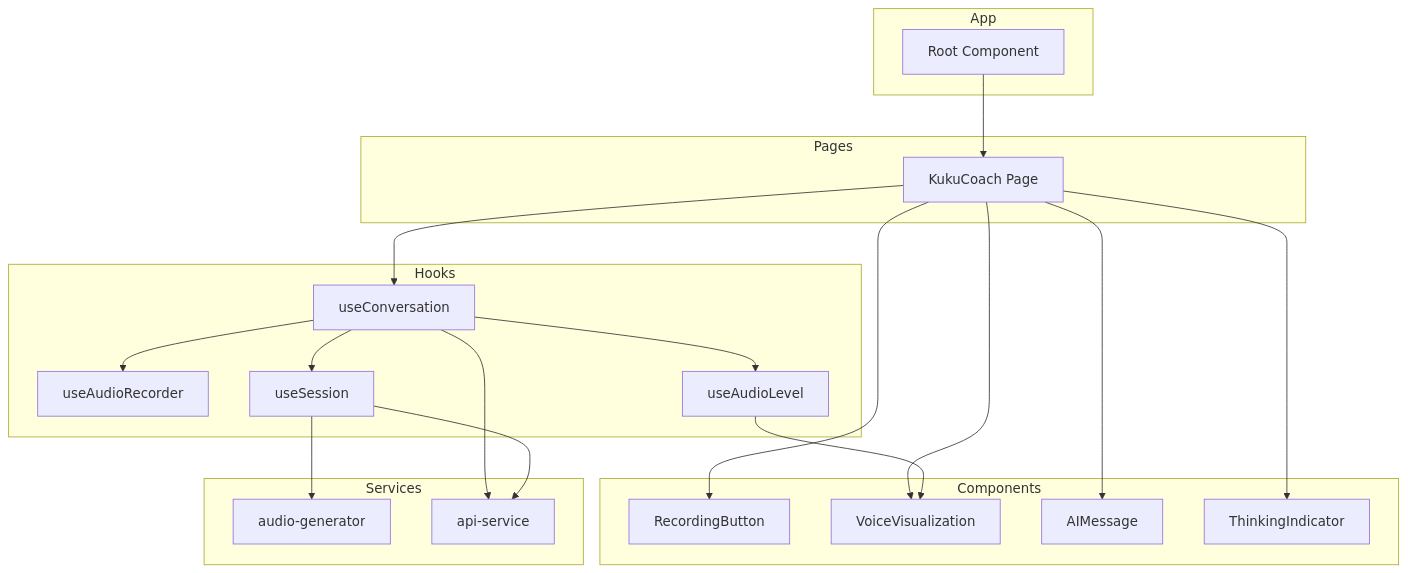
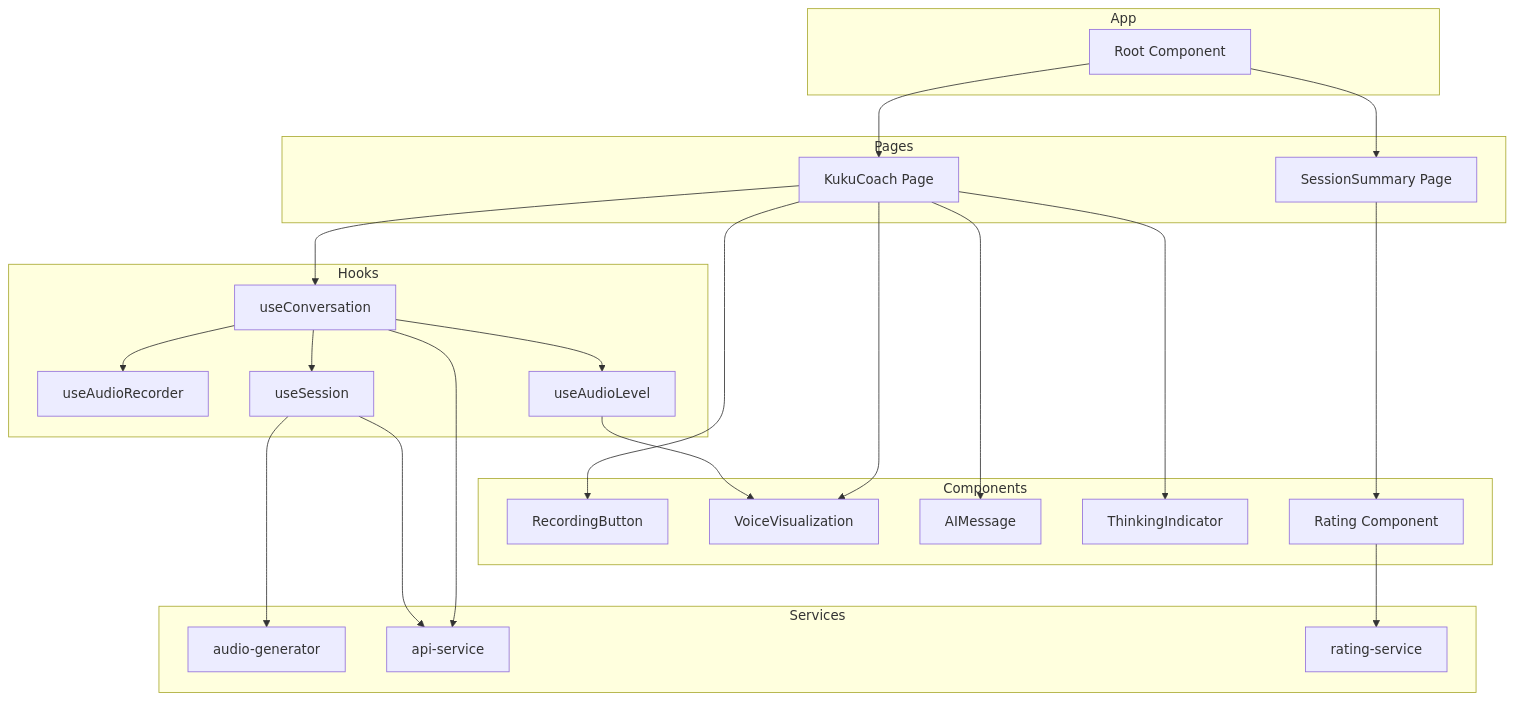
Before and after one commit to beerbear4369/design-to-reality-94: the third of 8 diagrams in memory-bank/systemPatterns.md, drawn with Mermaid. The commit also changed other lines of this file and 11 other files, not shown here.

````diff
--- a/memory-bank/systemPatterns.md
+++ b/memory-bank/systemPatterns.md
@@ -92,43 +126,49 @@
 ```mermaid
 flowchart TD
     subgraph App
         RC[Root Component]
     end
 
     subgraph Pages
         KC[KukuCoach Page]
+        SP[SessionSummary Page]
     end
 
     subgraph Components
         RB[RecordingButton]
         VV[VoiceVisualization]
         AM[AIMessage]
         TI[ThinkingIndicator]
+        RT[Rating Component]
     end
 
     subgraph Hooks
         UAR[useAudioRecorder]
         UAL[useAudioLevel]
         US[useSession]
         UC[useConversation]
     end
 
     subgraph Services
         AG[audio-generator]
         API[api-service]
+        RS[rating-service]
     end
 
     RC --> KC
+    RC --> SP
     KC --> RB
     KC --> VV
     KC --> AM
     KC --> TI
+    SP --> RT
     KC --> UC
     UC --> UAR
     UC --> UAL
     UC --> US
     UC --> API
+    RT --> RS
     UAL --> VV
     US --> API
     US --> AG
 ```
````
